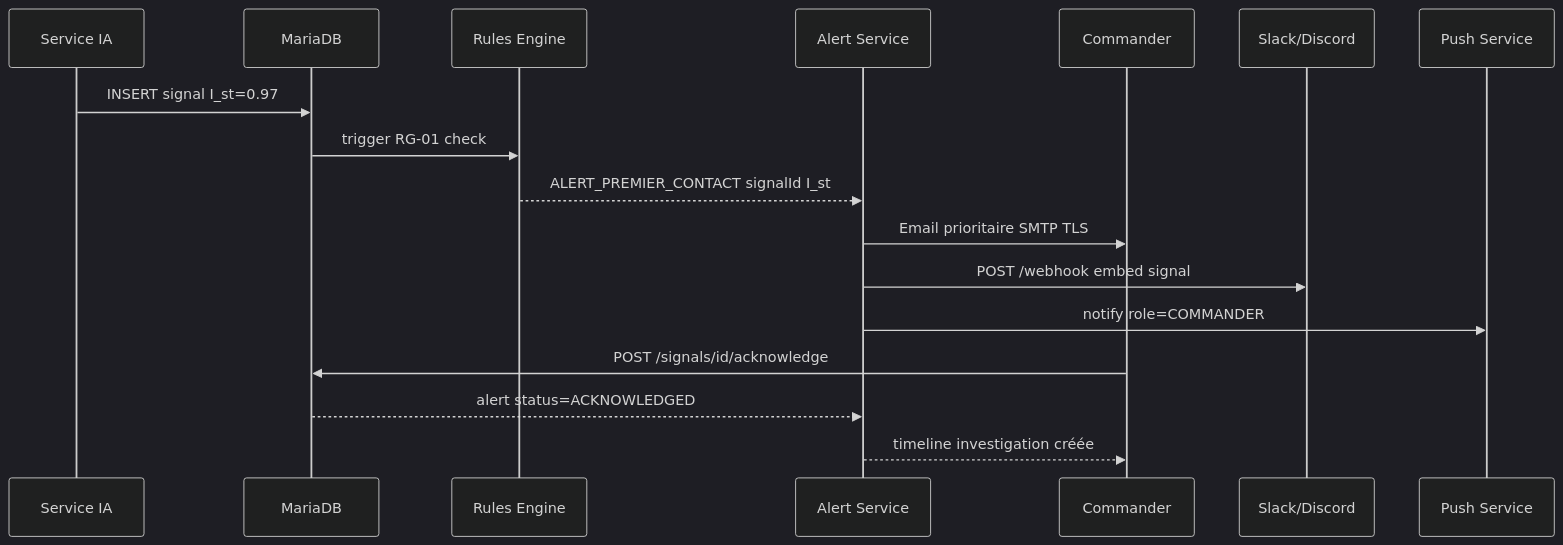
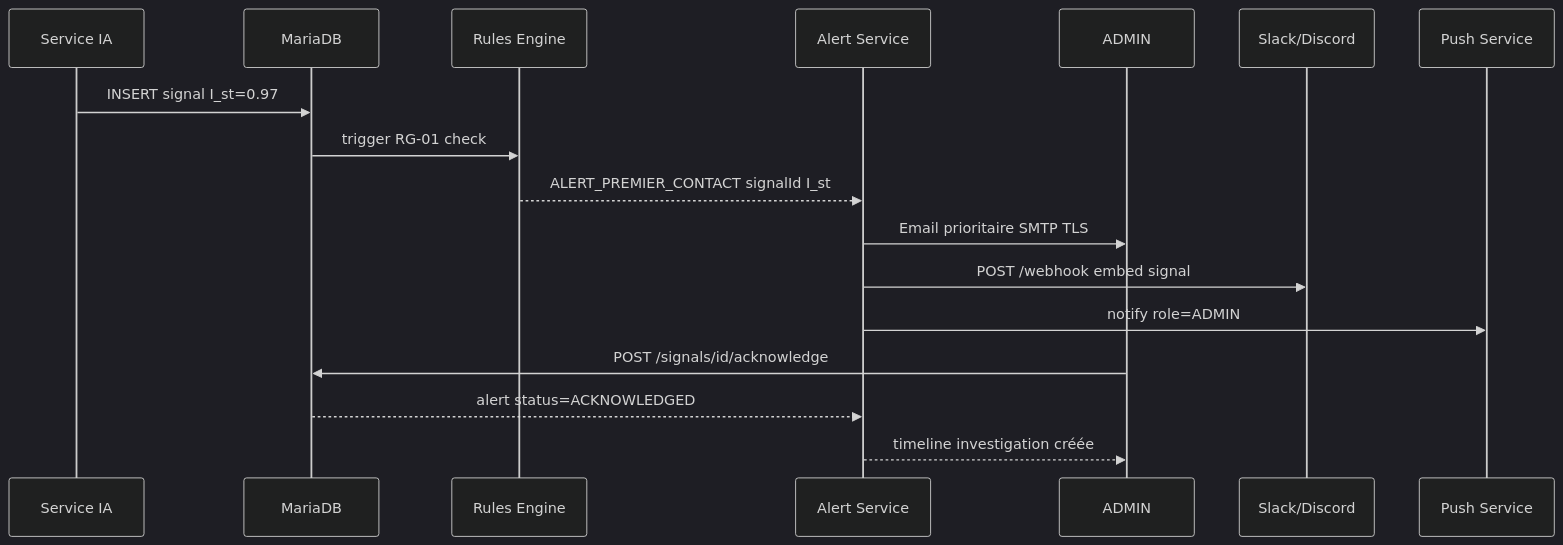
One commit to jeanyvesruffin/STARWAVE changed the eighth of 9 diagrams in docs/STARWAVE_fonctionnel.md. Above: the diagram before and after it, drawn with Mermaid (dark theme). The commit also changed other lines of this file and 3 other files, not shown here.

````diff
--- a/docs/STARWAVE_fonctionnel.md
+++ b/docs/STARWAVE_fonctionnel.md
@@ -247,20 +247,20 @@
 ```mermaid
 sequenceDiagram
     participant IA as Service IA
     participant DB as MariaDB
     participant RG as Rules Engine
     participant AS as Alert Service
-    participant Cmd as Commander
+    participant Cmd as ADMIN
     participant Slack as Slack/Discord
     participant Push as Push Service
 
     IA->>DB: INSERT signal I_st=0.97
     DB->>RG: trigger RG-01 check
     RG-->>AS: ALERT_PREMIER_CONTACT signalId I_st
     AS->>Cmd: Email prioritaire SMTP TLS
     AS->>Slack: POST /webhook embed signal
-    AS->>Push: notify role=COMMANDER
+    AS->>Push: notify role=ADMIN
     Cmd->>DB: POST /signals/id/acknowledge
     DB-->>AS: alert status=ACKNOWLEDGED
     AS-->>Cmd: timeline investigation créée
 ```
````
